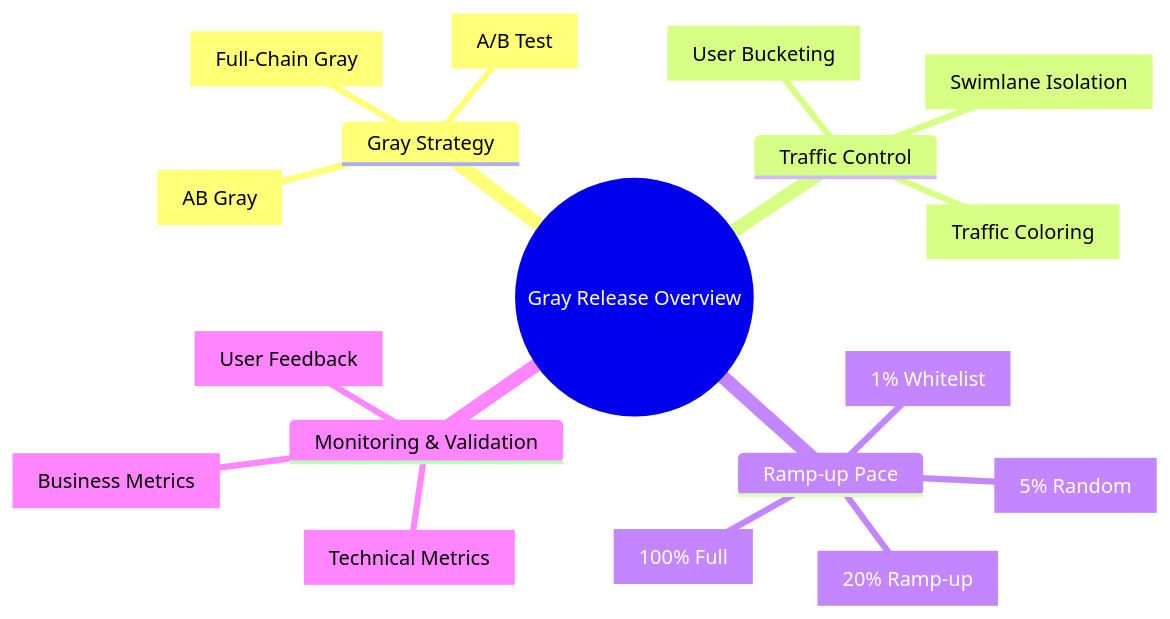
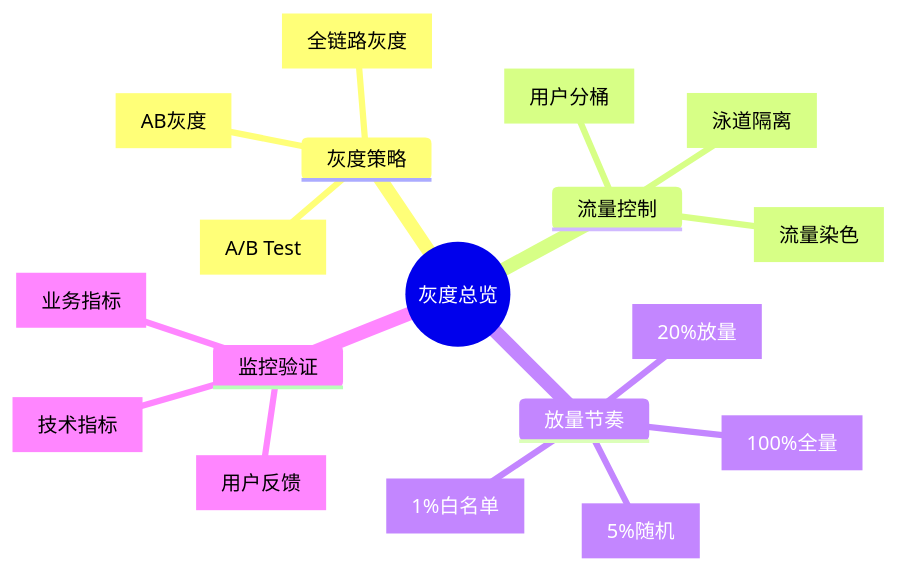
The first of 9 diagrams in templates/Product/Delivery/Template-Canary-Plan.md (Kirky-X/cangjie), drawn with Mermaid before and after one commit. The commit also changed other lines of this file and 33 other files, not shown here.

````diff
--- a/templates/Product/Delivery/Template-Canary-Plan.md
+++ b/templates/Product/Delivery/Template-Canary-Plan.md
@@ -68,21 +68,21 @@
 ```mermaid
 mindmap
-  root((Gray Release Overview))
-    Gray Strategy
-      [AB Gray]
-      [Full-Chain Gray]
+  root((灰度总览))
+    灰度策略
+      [AB灰度]
+      [全链路灰度]
       [A/B Test]
-    Traffic Control
-      [User Bucketing]
-      [Traffic Coloring]
-      [Swimlane Isolation]
-    Ramp-up Pace
-      [1% Whitelist]
-      [5% Random]
-      [20% Ramp-up]
-      [100% Full]
-    Monitoring & Validation
-      [Technical Metrics]
-      [Business Metrics]
-      [User Feedback]
+    流量控制
+      [用户分桶]
+      [流量染色]
+      [泳道隔离]
+    放量节奏
+      [1%白名单]
+      [5%随机]
+      [20%放量]
+      [100%全量]
+    监控验证
+      [技术指标]
+      [业务指标]
+      [用户反馈]
 ```
````
